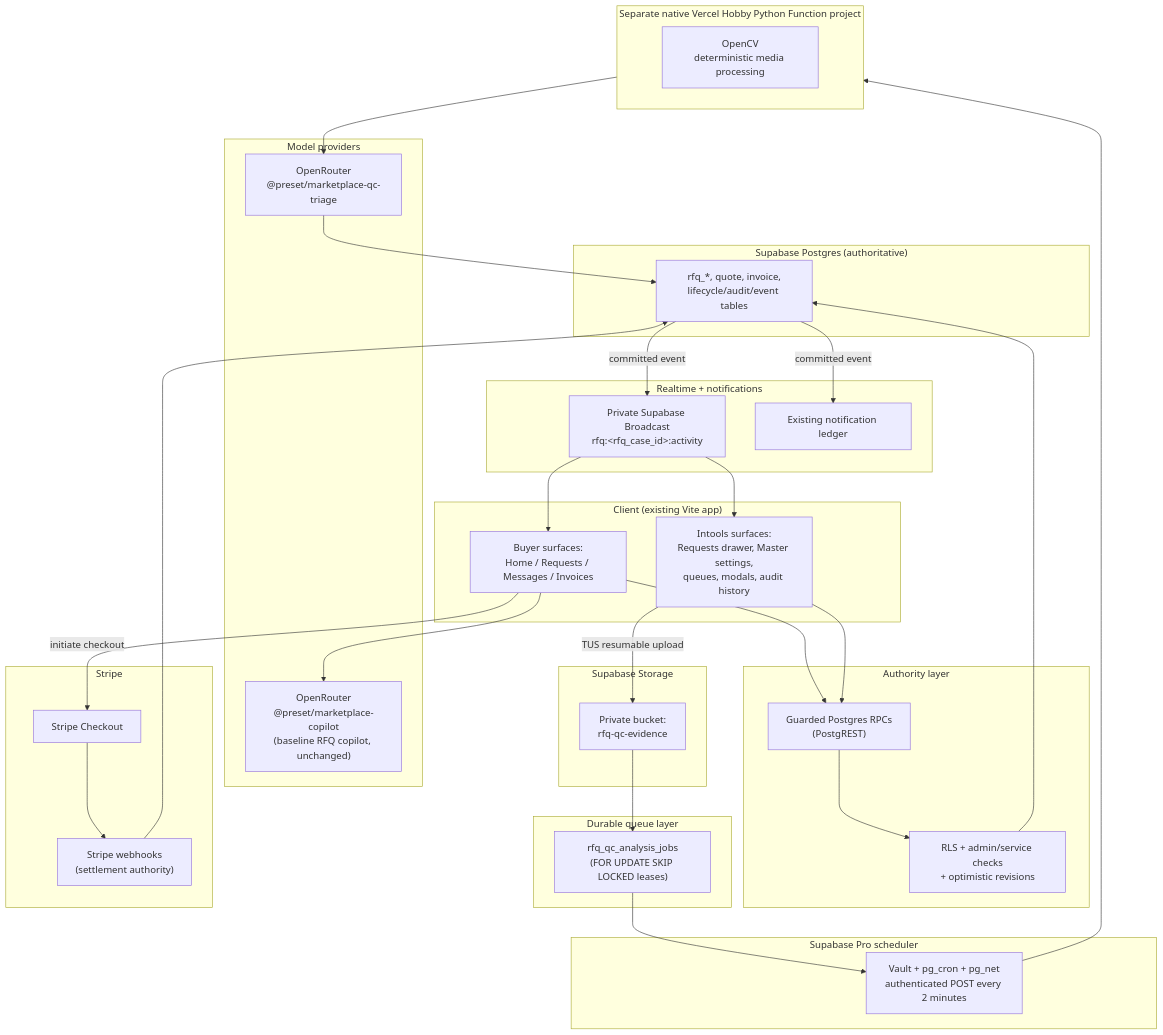
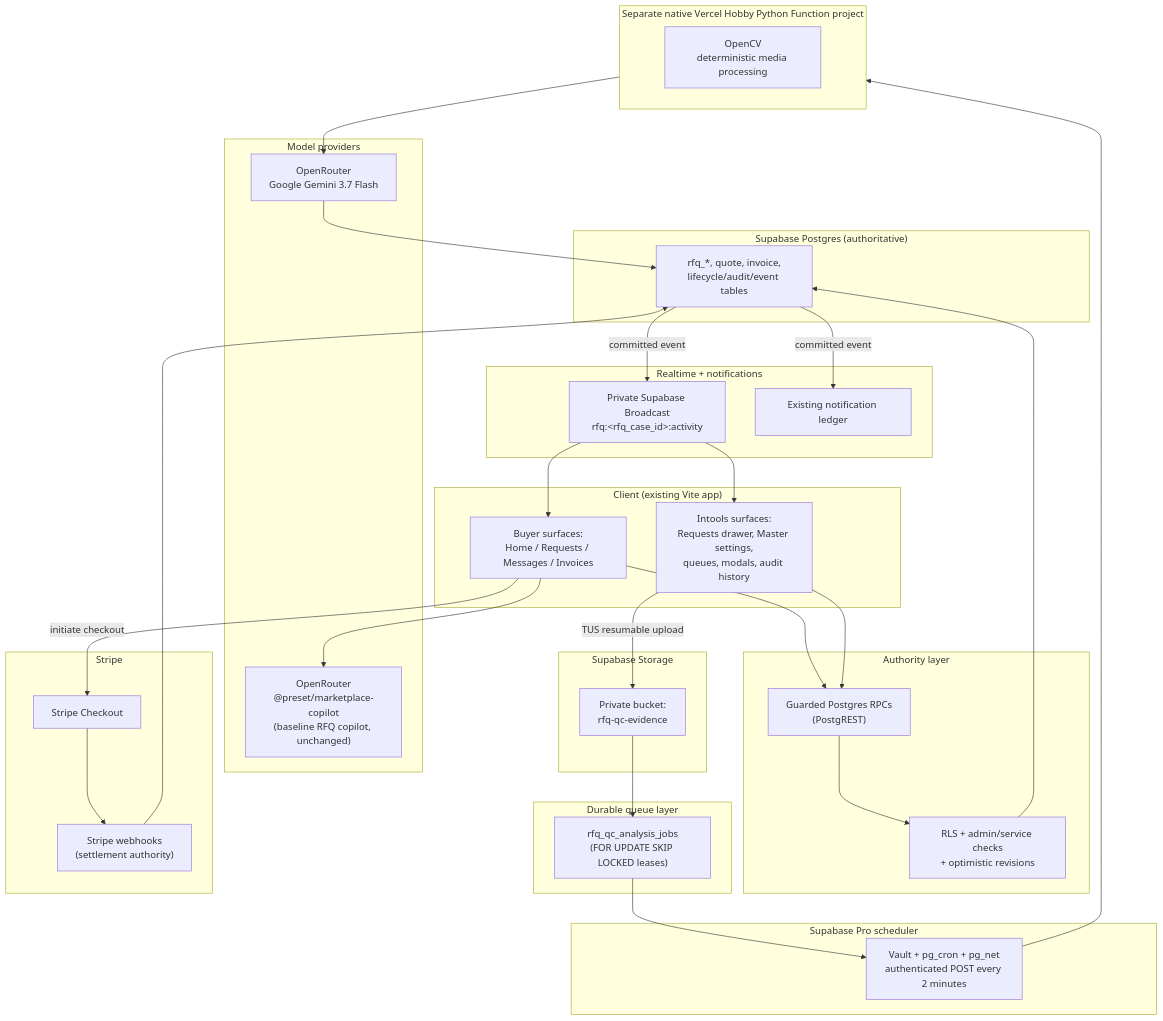
Before and after one commit to jun850/ai-sourcing-agents: the first of 3 diagrams in docs/TRD.md, drawn with Mermaid. The commit also changed other lines of this file and 4 other files, not shown here.

Commit message:
feat(qc): use Gemini 3.7 Flash

````diff
--- a/docs/TRD.md
+++ b/docs/TRD.md
@@ -14,64 +14,64 @@
 ```mermaid
 flowchart TB
     subgraph Client["Client (existing Vite app)"]
         BuyerUI["Buyer surfaces:<br/>Home / Requests / Messages / Invoices"]
         IntoolsUI["Intools surfaces:<br/>Requests drawer, Master settings,<br/>queues, modals, audit history"]
     end
 
     subgraph Authority["Authority layer"]
         RPC["Guarded Postgres RPCs<br/>(PostgREST)"]
         RLS["RLS + admin/service checks<br/>+ optimistic revisions"]
     end
 
     subgraph DB["Supabase Postgres (authoritative)"]
         Tables["rfq_*, quote, invoice,<br/>lifecycle/audit/event tables"]
     end
 
     subgraph Storage["Supabase Storage"]
         Bucket["Private bucket:<br/>rfq-qc-evidence"]
     end
 
     subgraph Queue["Durable queue layer"]
         Jobs["rfq_qc_analysis_jobs<br/>(FOR UPDATE SKIP LOCKED leases)"]
     end
 
     subgraph Scheduler["Supabase Pro scheduler"]
         Cron["Vault + pg_cron + pg_net<br/>authenticated POST every 2 minutes"]
     end
 
     subgraph Worker["Separate native Vercel Hobby Python Function project"]
         OpenCV["OpenCV<br/>deterministic media processing"]
     end
 
     subgraph AI["Model providers"]
-        OpenRouterQC["OpenRouter<br/>@preset/marketplace-qc-triage"]
+        OpenRouterQC["OpenRouter<br/>Google Gemini 3.7 Flash"]
         OpenRouterCopilot["OpenRouter<br/>@preset/marketplace-copilot<br/>(baseline RFQ copilot, unchanged)"]
     end
 
     subgraph Realtime["Realtime + notifications"]
         Broadcast["Private Supabase Broadcast<br/>rfq:&lt;rfq_case_id&gt;:activity"]
         Ledger["Existing notification ledger"]
     end
 
     subgraph Payments["Stripe"]
         Checkout["Stripe Checkout"]
         Webhook["Stripe webhooks<br/>(settlement authority)"]
     end
 
     BuyerUI --> RPC
     IntoolsUI --> RPC
     RPC --> RLS --> Tables
     IntoolsUI -- "TUS resumable upload" --> Bucket
     Bucket --> Jobs
     Jobs --> Cron
     Cron --> Worker
     Worker --> OpenRouterQC
     OpenRouterQC --> Tables
     Tables -- "committed event" --> Broadcast
     Tables -- "committed event" --> Ledger
     Broadcast --> BuyerUI
     Broadcast --> IntoolsUI
     BuyerUI -- "initiate checkout" --> Checkout
     Checkout --> Webhook --> Tables
     BuyerUI --> OpenRouterCopilot
 ```
````
